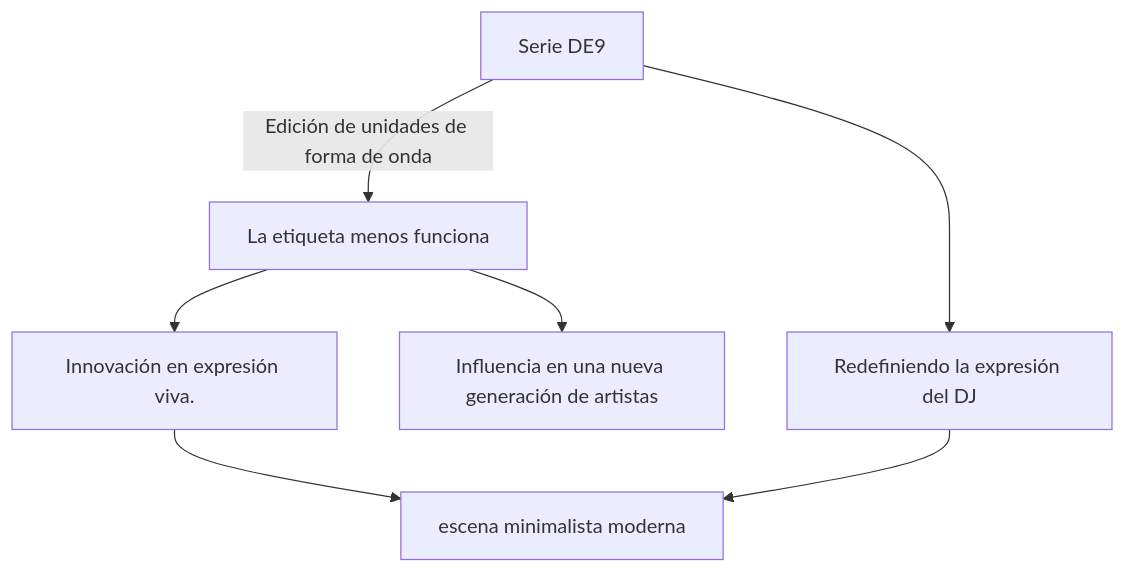
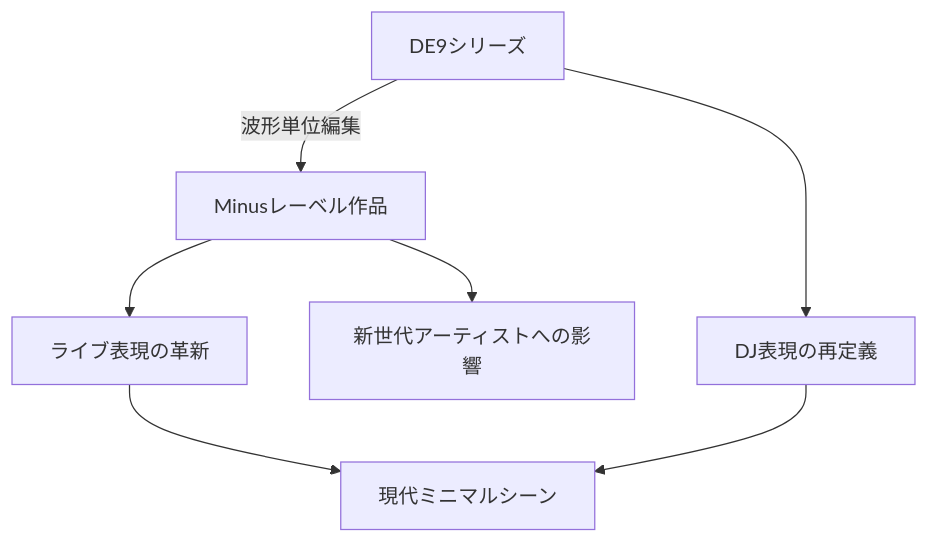
The seventh of 7 diagrams in es/_posts/2025-10-24-column-plastikman-richie-hawtin.md (monumental-movement/monumental-movement.github.io), drawn with Mermaid before and after one commit. The commit also changed other lines of this file and 299 other files, not shown here.

```diff
--- a/es/_posts/2025-10-24-column-plastikman-richie-hawtin.md
+++ b/es/_posts/2025-10-24-column-plastikman-richie-hawtin.md
@@ -316,11 +316,11 @@
 <div class="mermaid">
 
 flowchart TD
-    A[Serie DE9] -->|Edición de unidades de forma de onda| B[La etiqueta menos funciona]
-    B --> C[Innovación en expresión viva.]
-    C --> D[escena minimalista moderna]
-    B --> E[Influencia en una nueva generación de artistas]
-    A --> F[Redefiniendo la expresión del DJ]
+    A[DE9シリーズ] -->|波形単位編集| B[Minusレーベル作品]
+    B --> C[ライブ表現の革新]
+    C --> D[現代ミニマルシーン]
+    B --> E[新世代アーティストへの影響]
+    A --> F[DJ表現の再定義]
     F --> D
 
 </div>
```
